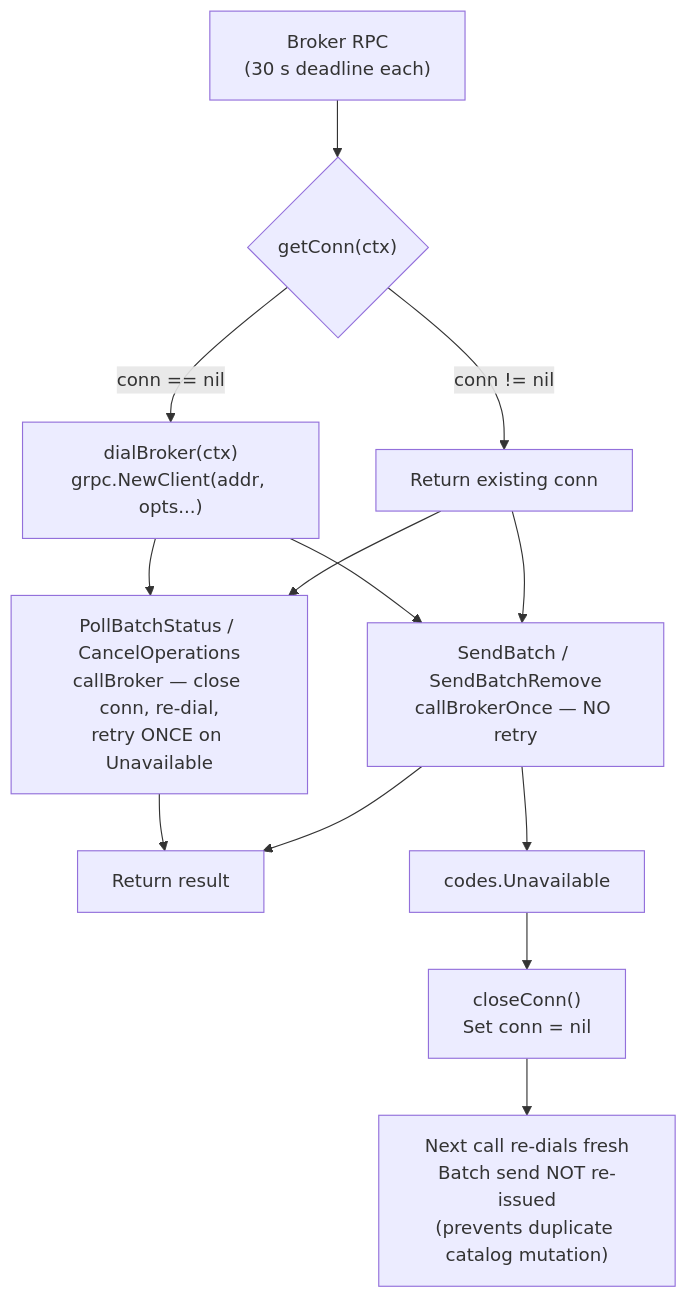
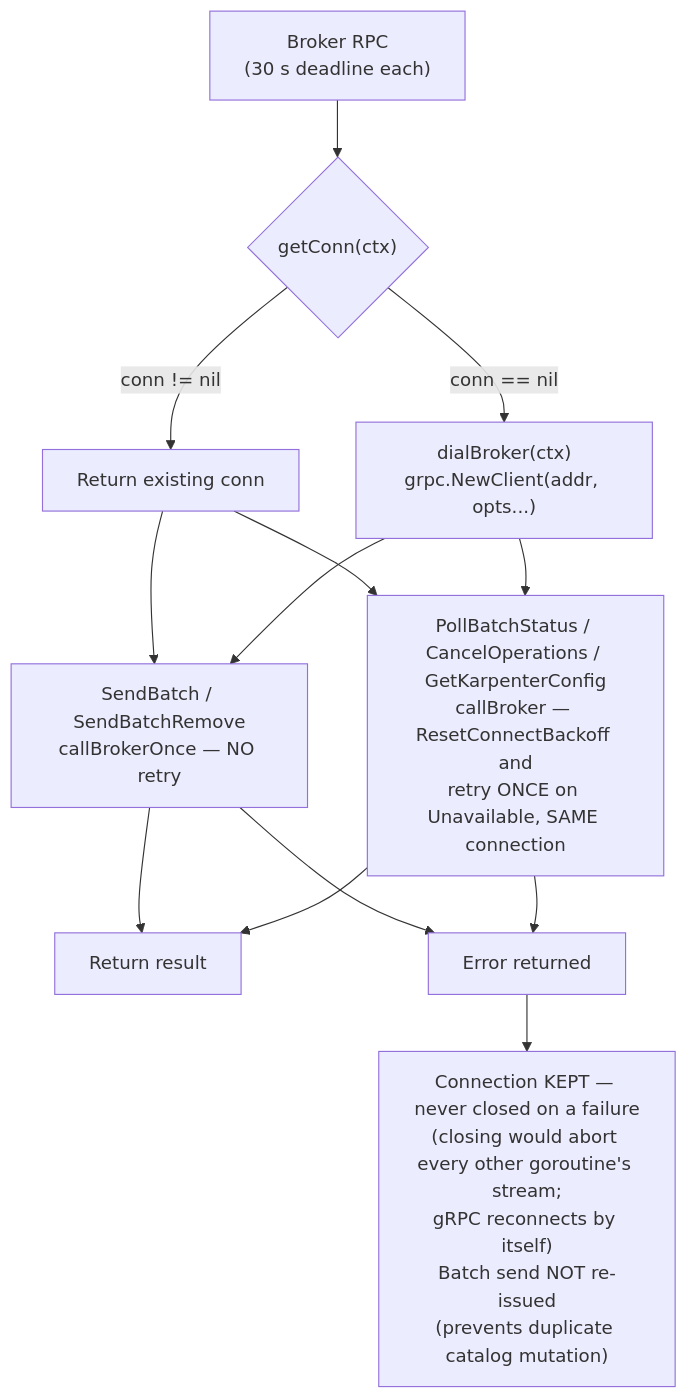
One commit to RafaySystems/karpenter-provider-rafay changed the sixth of 15 diagrams in docs/confluence-architecture.md. Above: the diagram before and after it, drawn with Mermaid. The commit also changed other lines of this file and 76 other files, not shown here.

````diff
--- a/docs/confluence-architecture.md
+++ b/docs/confluence-architecture.md
@@ -307,26 +320,25 @@
 ```mermaid
 graph TB
     CALL["Broker RPC\n(30 s deadline each)"]
     GC{"getConn(ctx)"}
     EXIST["Return existing conn"]
     DIAL["dialBroker(ctx)\ngrpc.NewClient(addr, opts...)"]
     ONCE["SendBatch / SendBatchRemove\ncallBrokerOnce — NO retry"]
-    RETRY["PollBatchStatus / CancelOperations\ncallBroker — close conn, re-dial,\nretry ONCE on Unavailable"]
+    RETRY["PollBatchStatus / CancelOperations / GetKarpenterConfig\ncallBroker — ResetConnectBackoff and\nretry ONCE on Unavailable, SAME connection"]
     OK["Return result"]
-    UNAV["codes.Unavailable"]
-    CLOSE["closeConn()\nSet conn = nil"]
-    NEXT["Next call re-dials fresh\nBatch send NOT re-issued\n(prevents duplicate catalog mutation)"]
+    ERR["Error returned"]
+    KEEP["Connection KEPT — never closed on a failure\n(closing would abort every other goroutine's stream;\ngRPC reconnects by itself)\nBatch send NOT re-issued\n(prevents duplicate catalog mutation)"]
 
     CALL --> GC
     GC -->|"conn != nil"| EXIST
     GC -->|"conn == nil"| DIAL
     EXIST --> ONCE
     EXIST --> RETRY
     DIAL --> ONCE
     DIAL --> RETRY
     ONCE --> OK
     RETRY --> OK
-    ONCE --> UNAV
-    UNAV --> CLOSE
-    CLOSE --> NEXT
+    ONCE --> ERR
+    RETRY --> ERR
+    ERR --> KEEP
 ```
````
